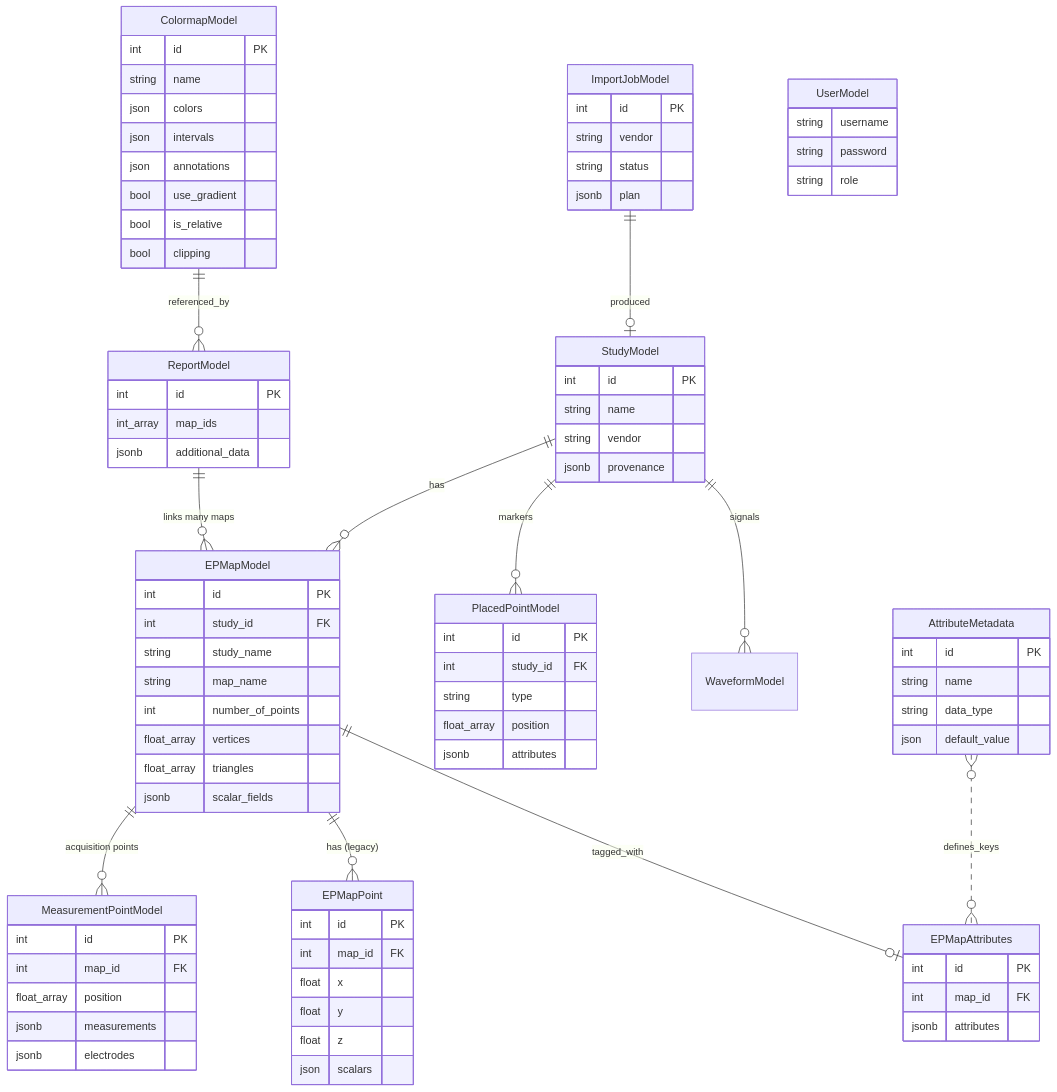
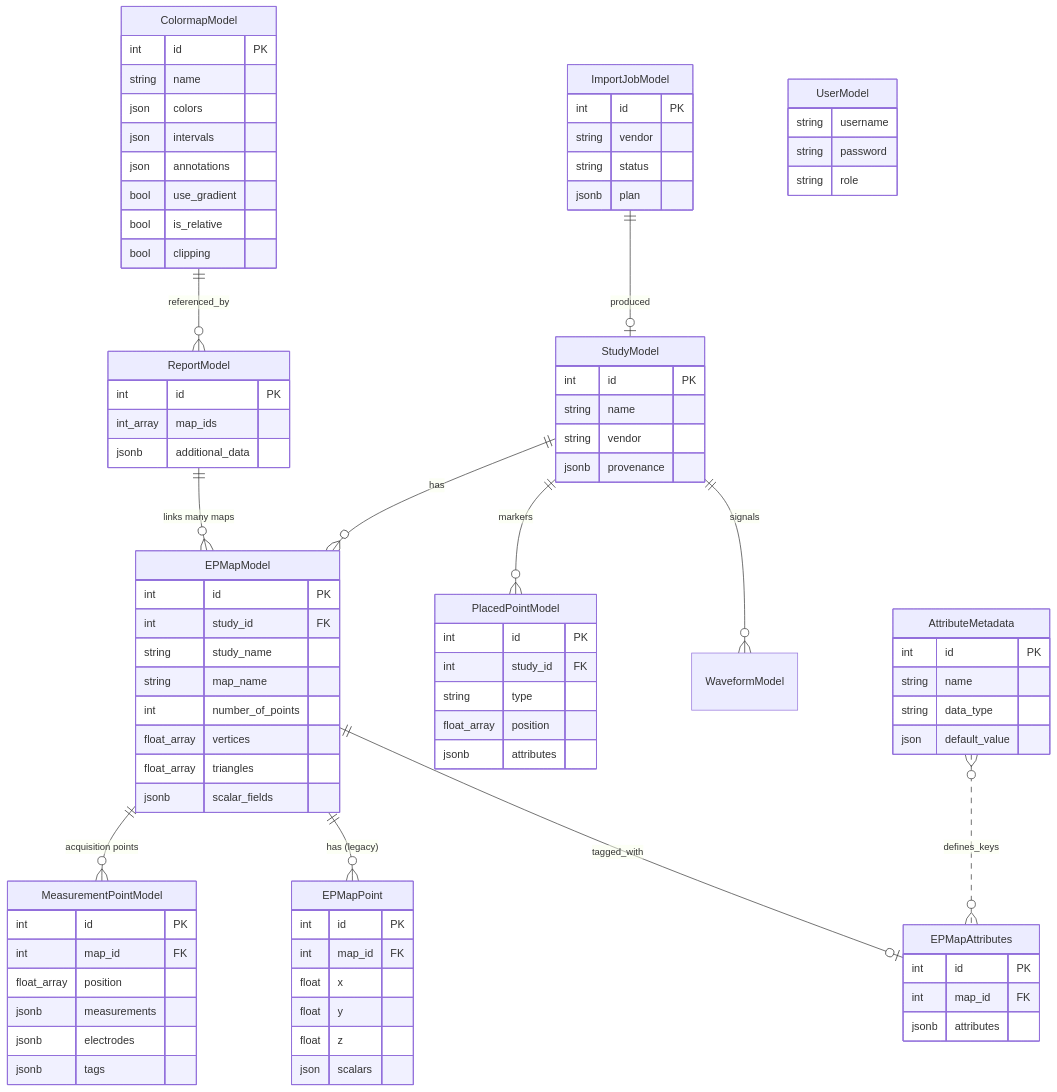
Before and after one commit to swillert/pulse-ep: the diagram in docs/reference/data-model.md, drawn with Mermaid. The commit also changed other lines of this file and 19 other files, not shown here.

```diff
--- a/docs/reference/data-model.md
+++ b/docs/reference/data-model.md
@@ -33,6 +33,7 @@
         float_array position
         jsonb measurements
         jsonb electrodes
+        jsonb tags
     }
     PlacedPointModel {
         int id PK
```
